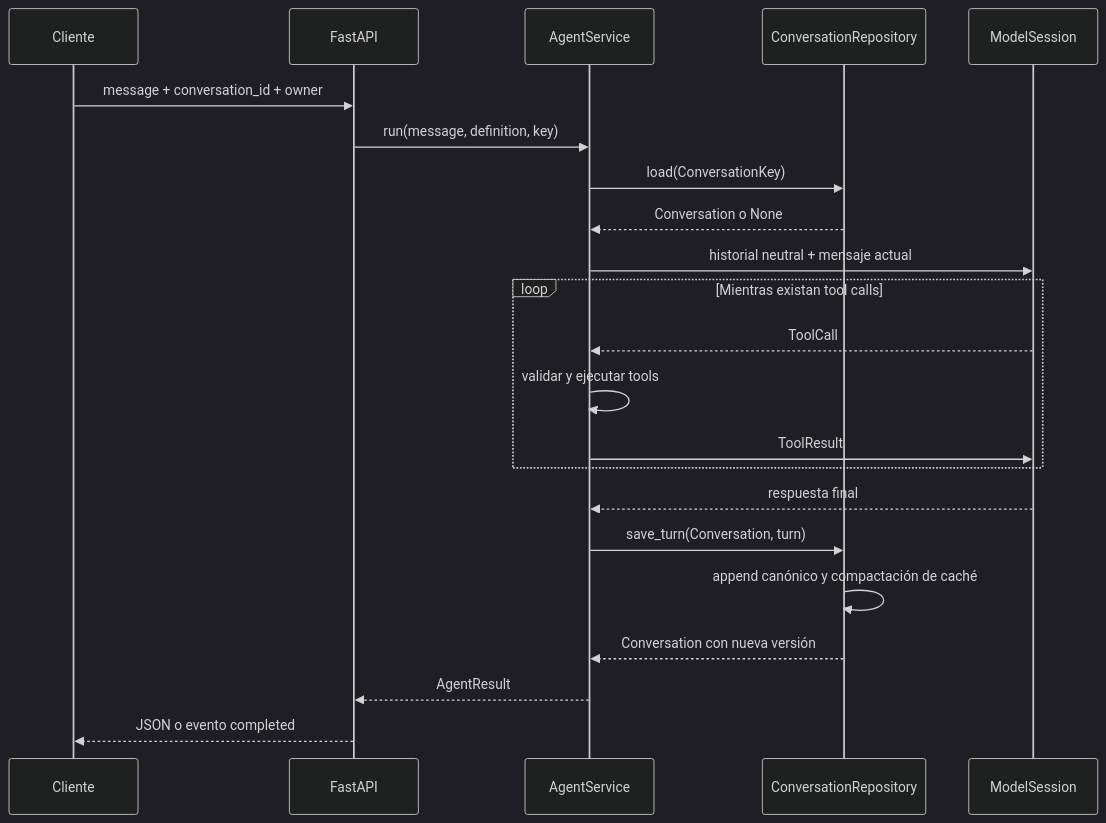
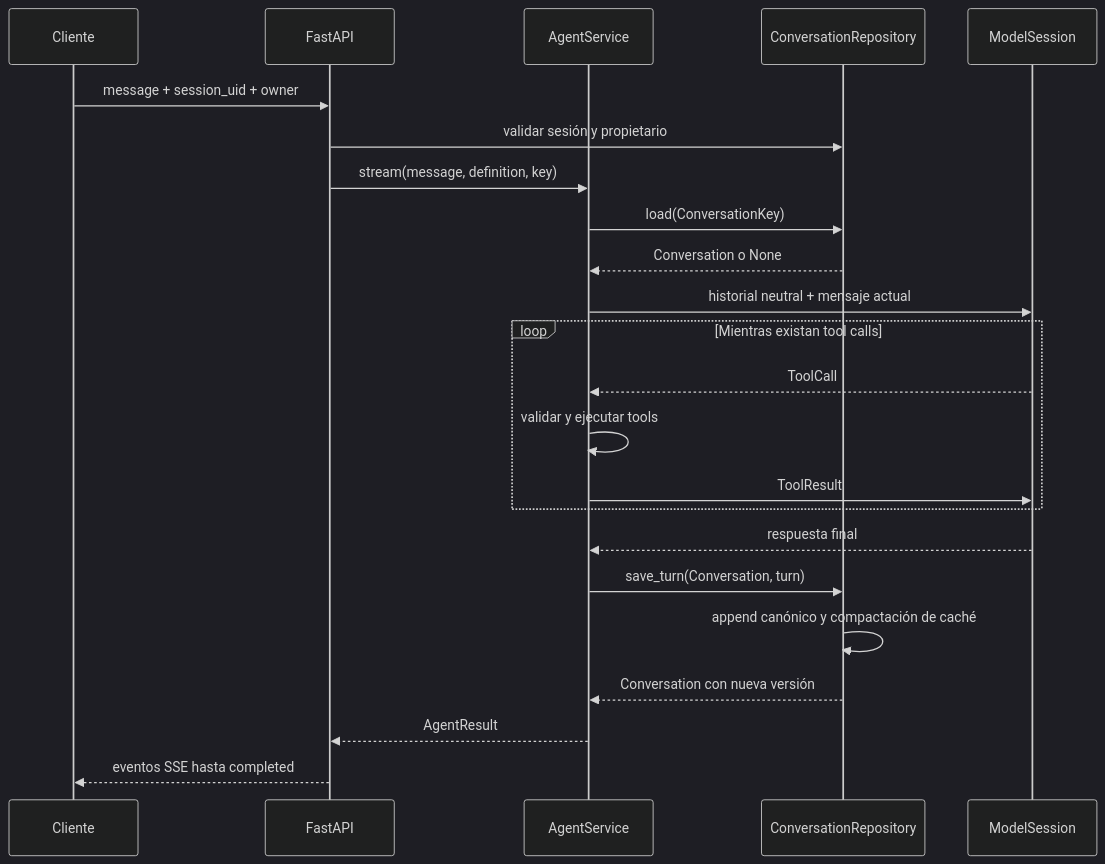
Before and after one commit to SergioReyesM24/TesseraFlow: the second of 2 diagrams in README.md, drawn with Mermaid (dark theme). The commit also changed other lines of this file and 15 other files, not shown here.

````diff
--- a/README.md
+++ b/README.md
@@ -172,25 +176,26 @@
 ```mermaid
 sequenceDiagram
     participant C as Cliente
     participant A as FastAPI
     participant S as AgentService
     participant R as ConversationRepository
     participant M as ModelSession
 
-    C->>A: message + conversation_id + owner
-    A->>S: run(message, definition, key)
+    C->>A: message + session_uid + owner
+    A->>R: validar sesión y propietario
+    A->>S: stream(message, definition, key)
     S->>R: load(ConversationKey)
     R-->>S: Conversation o None
     S->>M: historial neutral + mensaje actual
     loop Mientras existan tool calls
         M-->>S: ToolCall
         S->>S: validar y ejecutar tools
         S->>M: ToolResult
     end
     M-->>S: respuesta final
     S->>R: save_turn(Conversation, turn)
     R->>R: append canónico y compactación de caché
     R-->>S: Conversation con nueva versión
     S-->>A: AgentResult
-    A-->>C: JSON o evento completed
+    A-->>C: eventos SSE hasta completed
 ```
````
